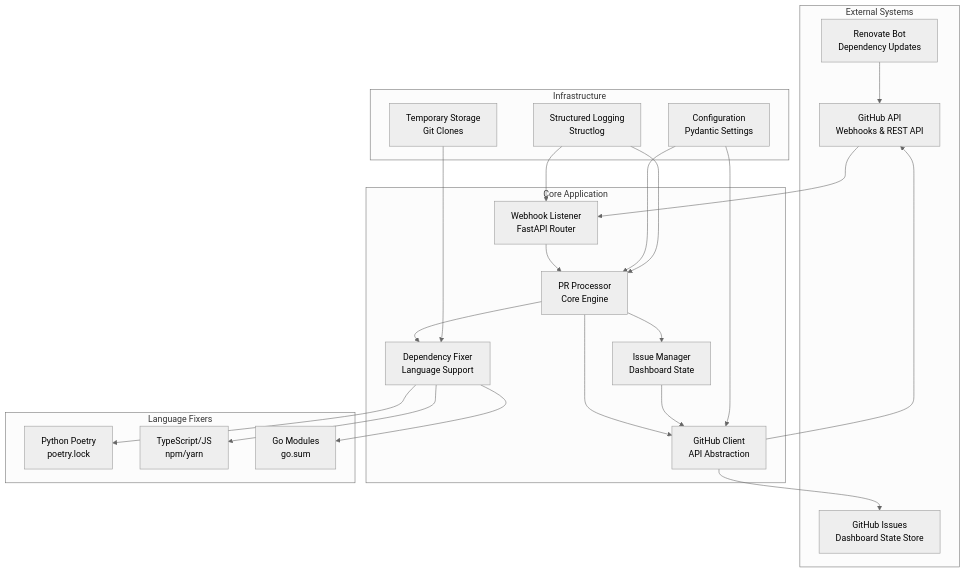
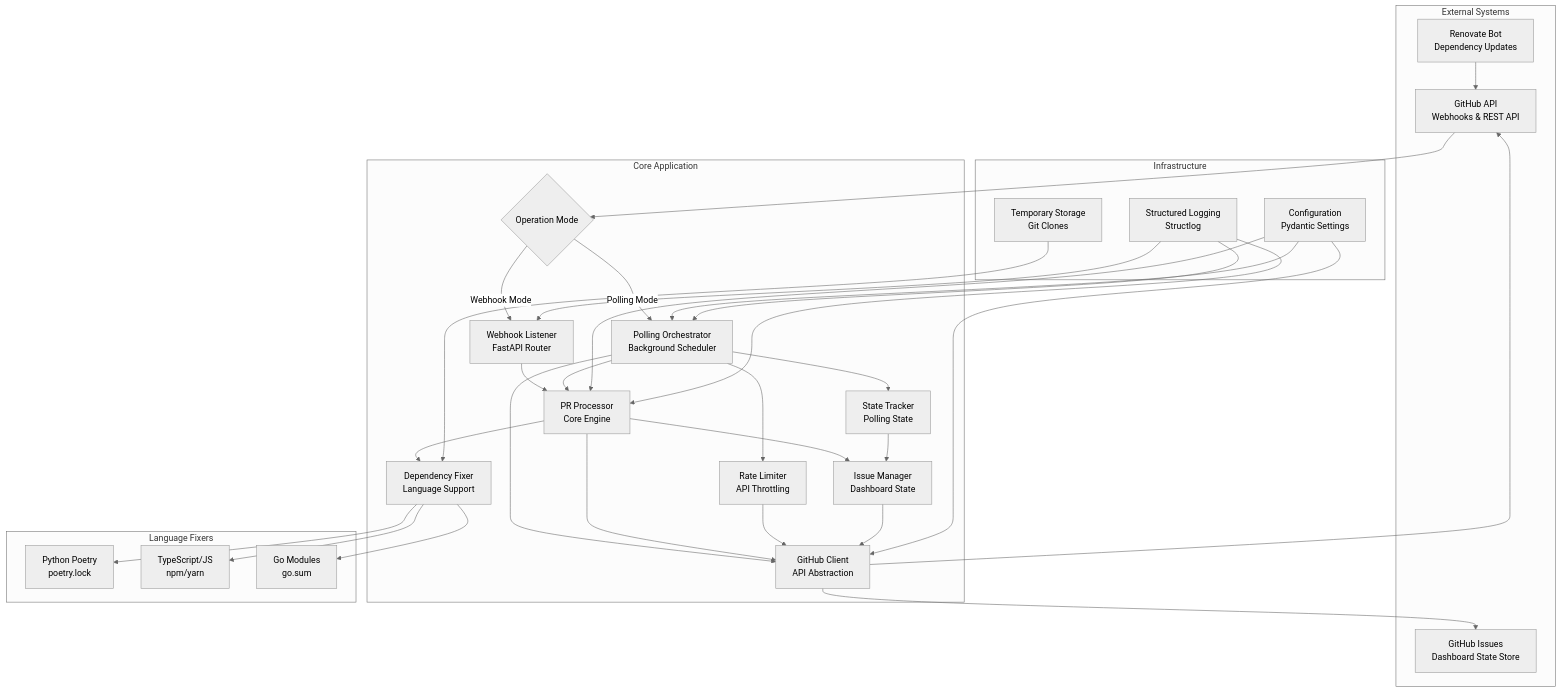
The first of 8 diagrams in docs/architecture.md (ashmere/RenovateAgent), drawn with Mermaid (neutral theme) before and after one commit. The commit also changed other lines of this file and 14 other files, not shown here.

First line of the commit message:
feat: implement Phase 1 polling system for dual-mode operation

````diff
--- a/docs/architecture.md
+++ b/docs/architecture.md
@@ -12,46 +12,60 @@
 ```mermaid
 graph TB
     subgraph "External Systems"
         GH[GitHub API<br/>Webhooks & REST API]
         RENOVATE[Renovate Bot<br/>Dependency Updates]
         ISSUES[GitHub Issues<br/>Dashboard State Store]
     end
 
     subgraph "Core Application"
+        MODE{Operation Mode}
         WL[Webhook Listener<br/>FastAPI Router]
+        PO[Polling Orchestrator<br/>Background Scheduler]
         PR[PR Processor<br/>Core Engine]
         GC[GitHub Client<br/>API Abstraction]
         DF[Dependency Fixer<br/>Language Support]
         IM[Issue Manager<br/>Dashboard State]
+        RL[Rate Limiter<br/>API Throttling]
+        ST[State Tracker<br/>Polling State]
     end
 
     subgraph "Language Fixers"
         PY[Python Poetry<br/>poetry.lock]
         TS[TypeScript/JS<br/>npm/yarn]
         GO[Go Modules<br/>go.sum]
     end
 
     subgraph "Infrastructure"
         CONFIG[Configuration<br/>Pydantic Settings]
         LOG[Structured Logging<br/>Structlog]
         TEMP[Temporary Storage<br/>Git Clones]
     end
 
-    GH --> WL
+    GH --> MODE
+    MODE -->|Webhook Mode| WL
+    MODE -->|Polling Mode| PO
     RENOVATE --> GH
     WL --> PR
+    PO --> GC
+    PO --> ST
+    PO --> RL
+    PO --> PR
     PR --> GC
     PR --> DF
     PR --> IM
     GC --> GH
     GC --> ISSUES
+    ST --> IM
+    RL --> GC
     DF --> PY
     DF --> TS
     DF --> GO
     IM --> GC
     CONFIG --> PR
     CONFIG --> GC
+    CONFIG --> PO
     LOG --> WL
     LOG --> PR
+    LOG --> PO
     TEMP --> DF
 ```
````
